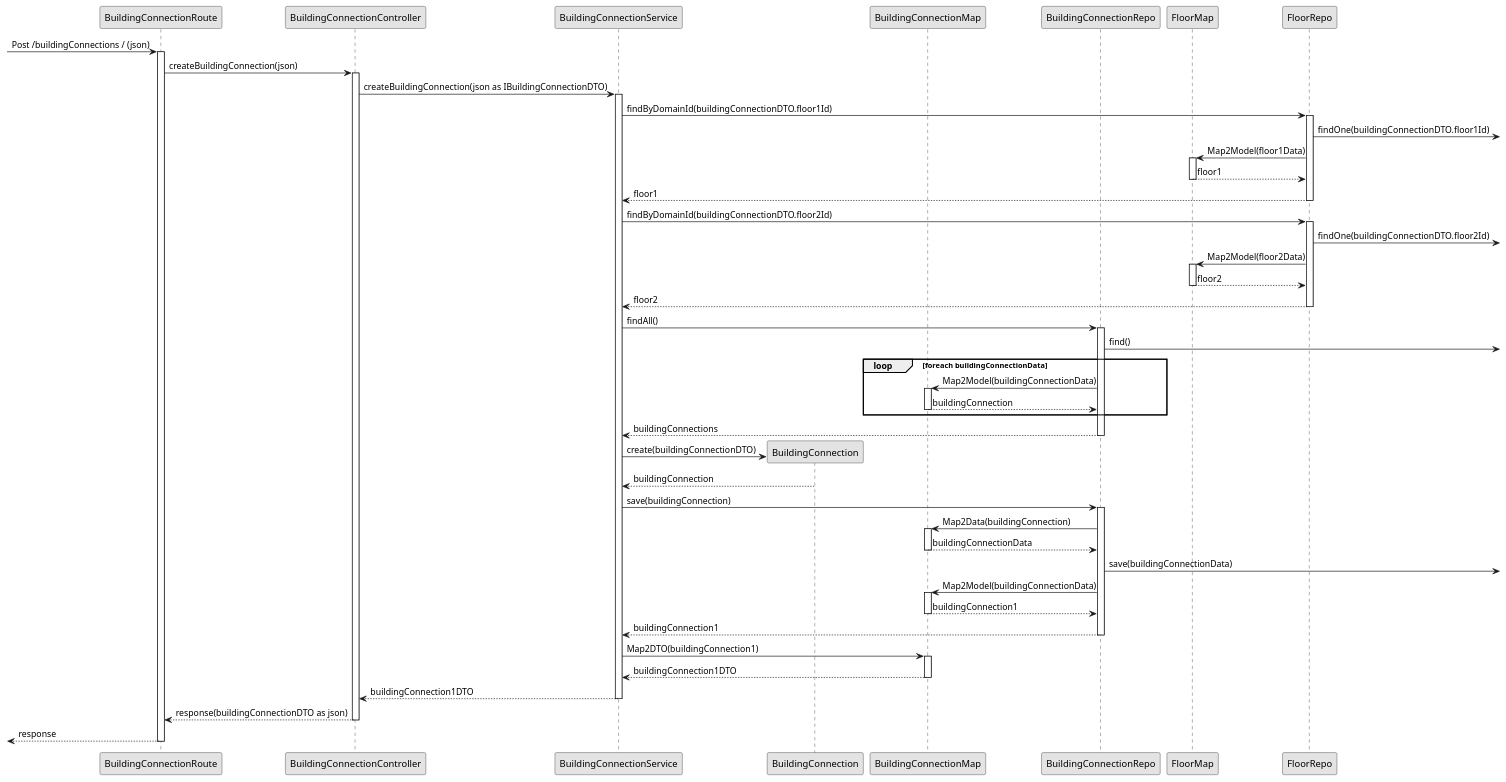
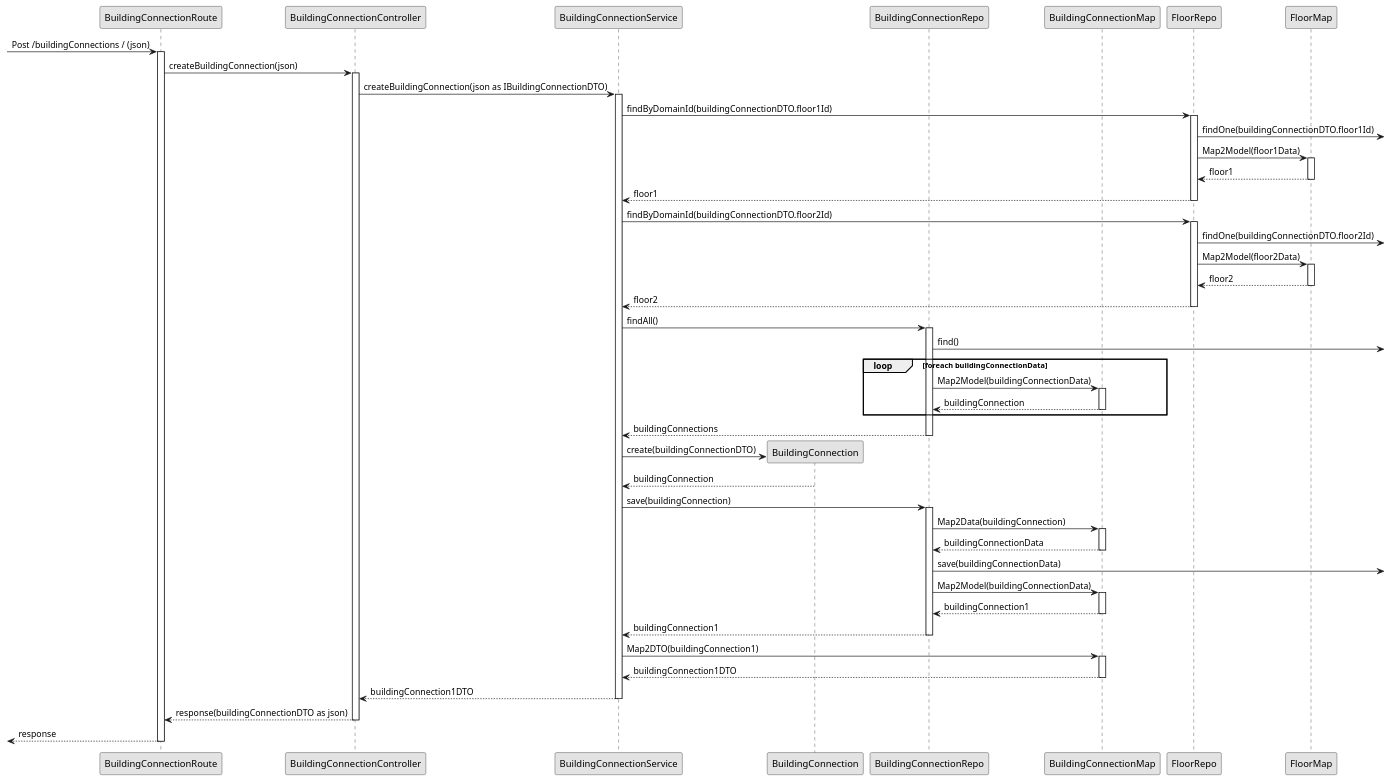
Before and after one commit to 1201293/sem5pi-23-24-68: the diagram in WikiMasterDataDevices/Vista Processos/US240/n3vp-us240.puml, drawn with PlantUML. The commit also changed other lines of this file and 8 other files, not shown here.

```diff
--- a/WikiMasterDataDevices/Vista Processos/US240/n3vp-us240.puml
+++ b/WikiMasterDataDevices/Vista Processos/US240/n3vp-us240.puml
@@ -1,84 +1,84 @@
 @startuml
 'http://plantuml.com/skinparam.html
 skinparam monochrome true
 skinparam packageStyle rect
 skinparam shadowing false
 
 
 participant BuildingConnectionRoute  as route
 participant BuildingConnectionController as controller
 participant BuildingConnectionService as service
 participant BuildingConnection as domain
+participant BuildingConnectionRepo as repo
 participant BuildingConnectionMap as mapper
-participant BuildingConnectionRepo as repo
+participant FloorRepo as repoFloor
 participant FloorMap as mapperFloor
-participant FloorRepo as repoFloor
 
 
 
 -> route: Post /buildingConnections / (json)
 activate route
   route->controller: createBuildingConnection(json)
   activate controller
     controller ->service:createBuildingConnection(json as IBuildingConnectionDTO)
     activate service
     service->repoFloor:findByDomainId(buildingConnectionDTO.floor1Id)
     activate repoFloor
     repoFloor -> :findOne(buildingConnectionDTO.floor1Id)
     repoFloor -> mapperFloor:Map2Model(floor1Data)
     activate mapperFloor
     mapperFloor --> repoFloor:floor1
     deactivate
     repoFloor  --> service:floor1
     deactivate
     service->repoFloor:findByDomainId(buildingConnectionDTO.floor2Id)
     activate repoFloor
     repoFloor -> :findOne(buildingConnectionDTO.floor2Id)
     repoFloor -> mapperFloor:Map2Model(floor2Data)
     activate mapperFloor
     mapperFloor --> repoFloor:floor2
     deactivate
     repoFloor  --> service:floor2
     deactivate
     service -> repo:findAll()
     activate repo
     repo ->:find()
     loop foreach buildingConnectionData
     repo -> mapper:Map2Model(buildingConnectionData)
     activate mapper
     mapper --> repo:buildingConnection
     deactivate
     end
     repo --> service : buildingConnections
     deactivate
     service -> domain**:create(buildingConnectionDTO)
     domain --> service:buildingConnection
     service -> repo:save(buildingConnection)
     activate  repo
     repo -> mapper:Map2Data(buildingConnection)
     activate mapper
     mapper --> repo:buildingConnectionData
     deactivate
     repo -> : save(buildingConnectionData)
     repo -> mapper:Map2Model(buildingConnectionData)     
     activate mapper
     mapper --> repo:buildingConnection1
     deactivate
     repo --> service: buildingConnection1
     deactivate
     service -> mapper:Map2DTO(buildingConnection1)
     activate mapper
     mapper--> service:buildingConnection1DTO
     deactivate
     service --> controller:buildingConnection1DTO
     deactivate
     controller --> route:response(buildingConnectionDTO as json)
     deactivate
     <-- route:response
     deactivate
 
 
 
 
 
 @enduml
```
